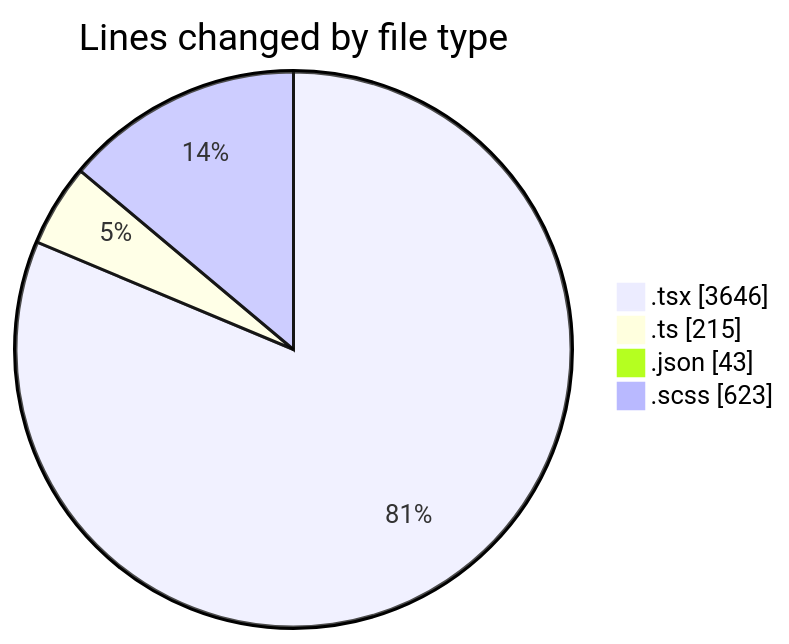
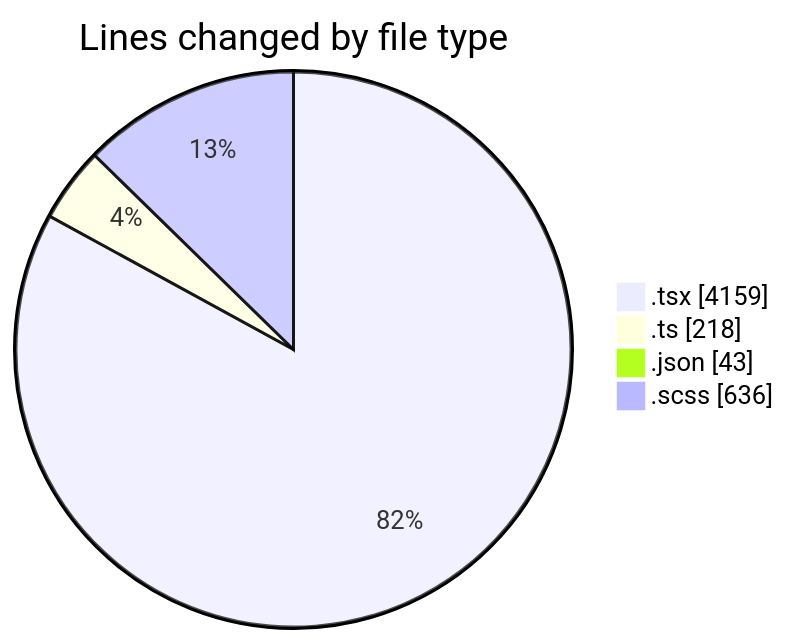
The first of 2 diagrams in 2025-09-23/cda/README.md (momahboobian/code-tracking), drawn with Mermaid before and after one commit. The commit also changed other lines of this file and 1 other file, not shown here.

````diff
--- a/2025-09-23/cda/README.md
+++ b/2025-09-23/cda/README.md
@@ -34,8 +34,8 @@
 ```mermaid
 pie showData
 title Lines changed by file type
-".tsx" : 3646
-".ts" : 215
+".tsx" : 4159
+".ts" : 218
 ".json" : 43
-".scss" : 623
+".scss" : 636
 ```
````
